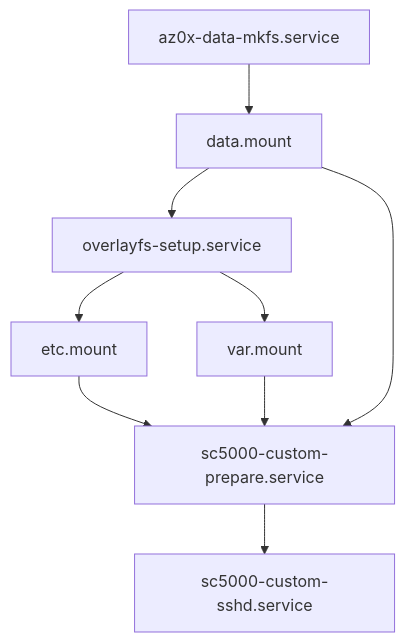
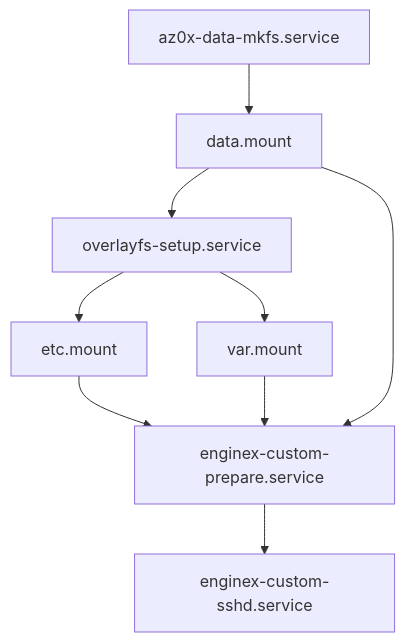
Before and after one commit to Cd1s/EngineX-OS: the diagram in docs/re-report/ENGINE-5.0.4-ANALYSIS.md, drawn with Mermaid. The commit also changed other lines of this file and 210 other files, not shown here.

````diff
--- a/docs/re-report/ENGINE-5.0.4-ANALYSIS.md
+++ b/docs/re-report/ENGINE-5.0.4-ANALYSIS.md
@@ -180,11 +180,11 @@
 ```mermaid
 flowchart TD
   A[az0x-data-mkfs.service] --> B[data.mount]
   B --> C[overlayfs-setup.service]
   C --> D[etc.mount]
   C --> E[var.mount]
-  D --> F[sc5000-custom-prepare.service]
+  D --> F[enginex-custom-prepare.service]
   E --> F
   B --> F
-  F --> G[sc5000-custom-sshd.service]
+  F --> G[enginex-custom-sshd.service]
 ```
````
